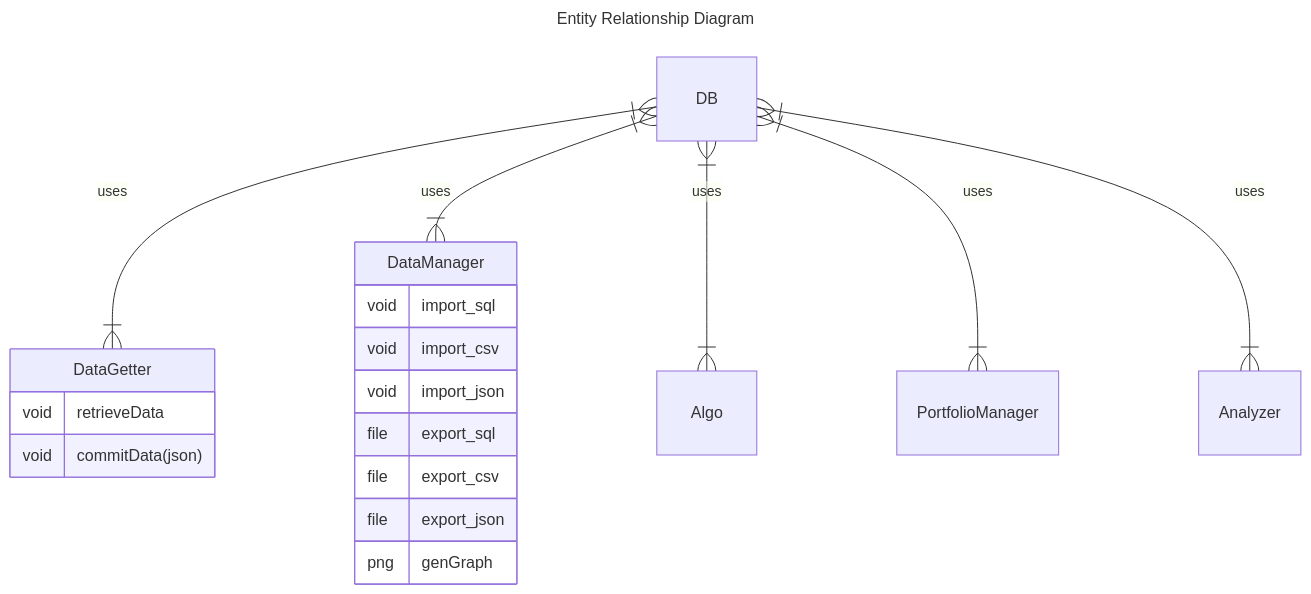
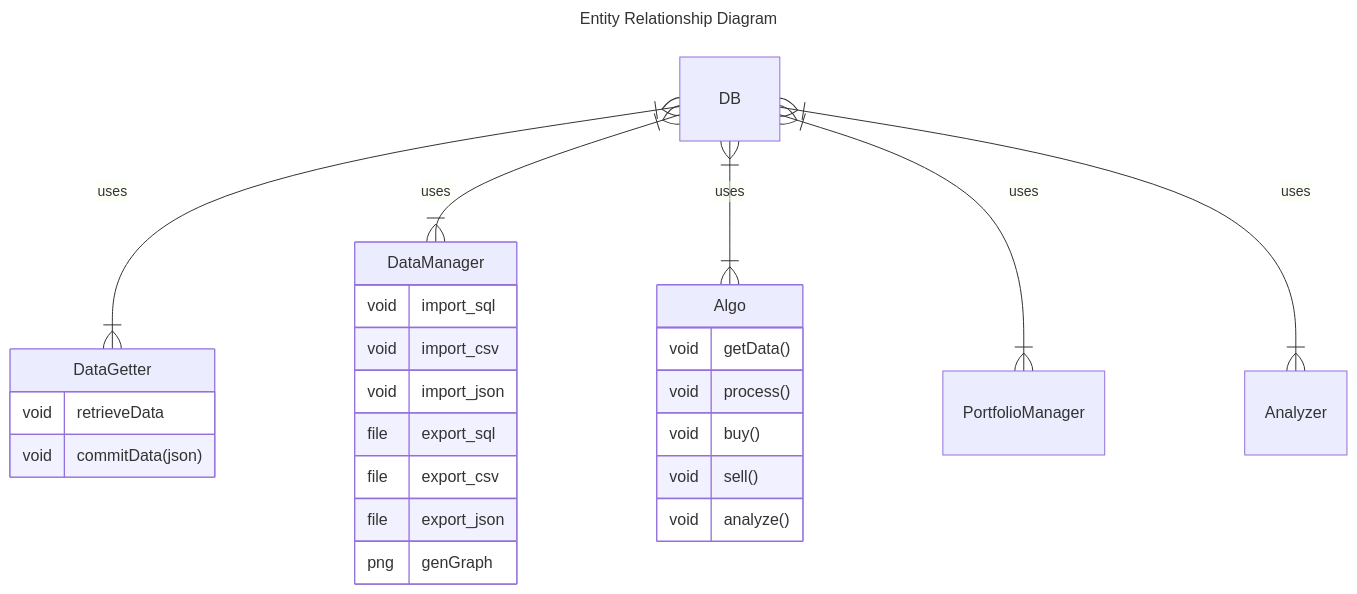
Before and after one commit to DJTakushi/quantplay: the diagram in app/readme.md, drawn with Mermaid.

Commit message:
Algo api description

````diff
--- a/app/readme.md
+++ b/app/readme.md
@@ -1,24 +1,31 @@
 ```mermaid
 ---
 title: Entity Relationship Diagram
 ---
 erDiagram
   DB }|--|{ DataGetter : uses
   DataGetter {
     void retrieveData
     void commitData(json)
   }
   DB }|--|{ DataManager : uses
   DataManager{
     void import_sql
     void import_csv
     void import_json
     file export_sql
     file export_csv
     file export_json
     png genGraph
   }
   DB }|--|{ Algo : uses
+  Algo{
+    void getData()
+    void process()
+    void buy()
+    void sell()
+    void analyze()
+  }
   DB }|--|{ PortfolioManager : uses
   DB }|--|{ Analyzer : uses
 ```
````
